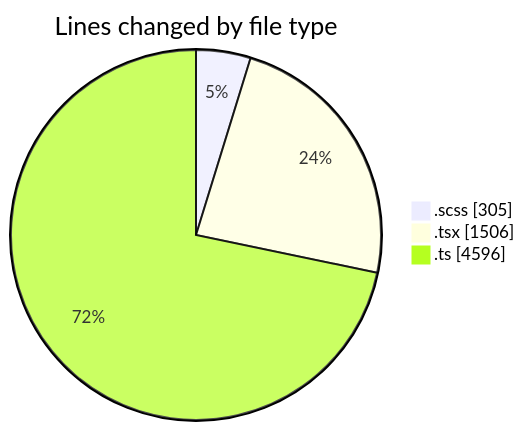
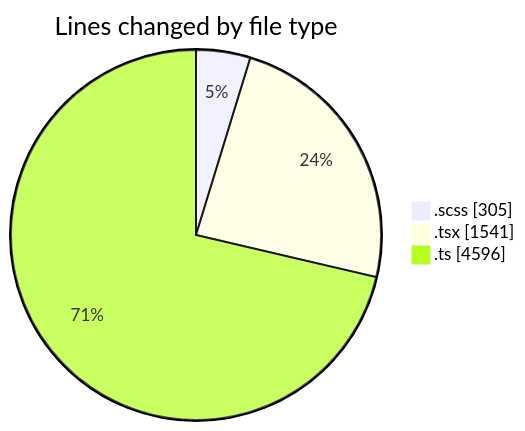
The first of 2 diagrams in 2025-03-04/cda/README.md (momahboobian/code-tracking), drawn with Mermaid before and after one commit. The commit also changed other lines of this file and 1 other file, not shown here.

````diff
--- a/2025-03-04/cda/README.md
+++ b/2025-03-04/cda/README.md
@@ -34,7 +36,7 @@
 ```mermaid
 pie showData
 title Lines changed by file type
 ".scss" : 305
-".tsx" : 1506
+".tsx" : 1541
 ".ts" : 4596
 ```
````
